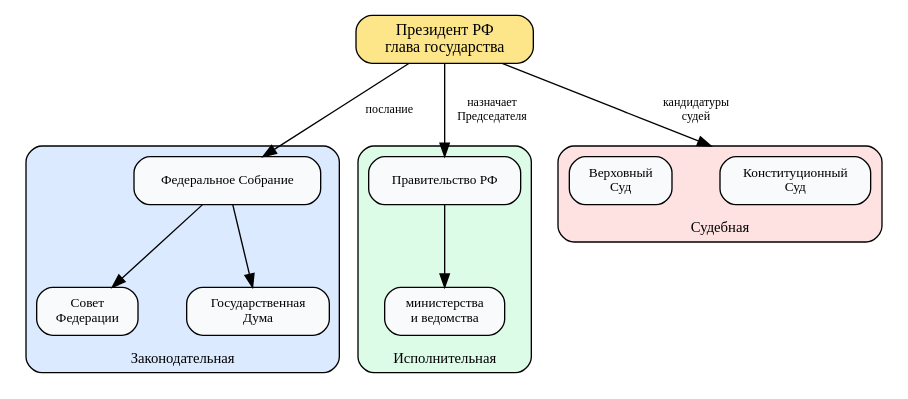
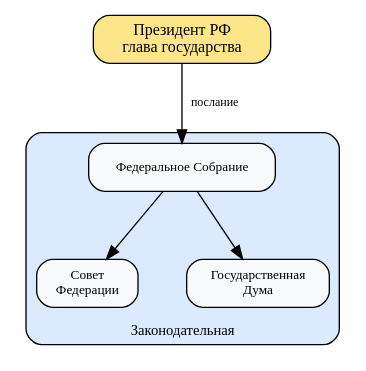
One commit to kscht/spiridus-docs changed the ninth of 11 diagrams in examples/documents/22-geo-history.md. Above: the diagram before and after it, drawn with Graphviz. The commit also changed other lines of this file and 56 other files, not shown here.

````diff
--- a/examples/documents/22-geo-history.md
+++ b/examples/documents/22-geo-history.md
@@ -331,18 +327,11 @@
 ```dot
 digraph {
   rankdir=TB; compound=true; nodesep=0.5; ranksep=0.7; labelloc=b
   node [shape=box, style="rounded,filled", fillcolor="#f8fafc", fontsize=10]
   pr [label="Президент РФ\nглава государства", fillcolor="#fde68a", fontsize=12]
   subgraph cluster_l { label="Законодательная"; fontsize=11; style="rounded,filled"; fillcolor="#dbeafe"
     fs [label="Федеральное Собрание"]; sf [label="Совет\nФедерации"]; gd [label="Государственная\nДума"]
     fs -> sf; fs -> gd }
-  subgraph cluster_e { label="Исполнительная"; fontsize=11; style="rounded,filled"; fillcolor="#dcfce7"
-    gov [label="Правительство РФ"]; min [label="министерства\nи ведомства"]
-    gov -> min }
-  subgraph cluster_s { label="Судебная"; fontsize=11; style="rounded,filled"; fillcolor="#fee2e2"
-    ks [label="Конституционный\nСуд"]; vs [label="Верховный\nСуд"] }
   pr -> fs [label=" послание", fontsize=9]
-  pr -> gov [label=" назначает\n Председателя", fontsize=9]
-  pr -> ks [label=" кандидатуры\n судей", fontsize=9, lhead=cluster_s]
 }
 ```
````
